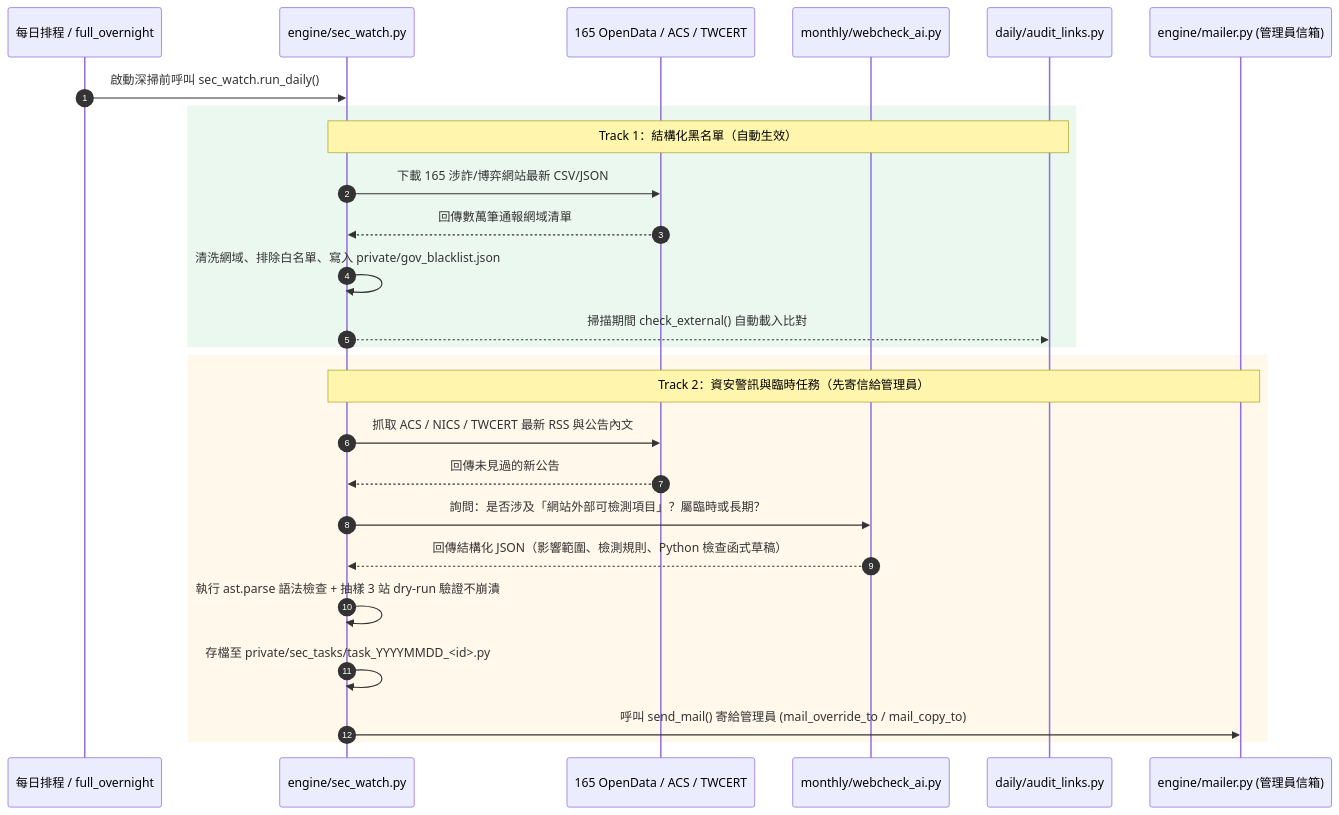
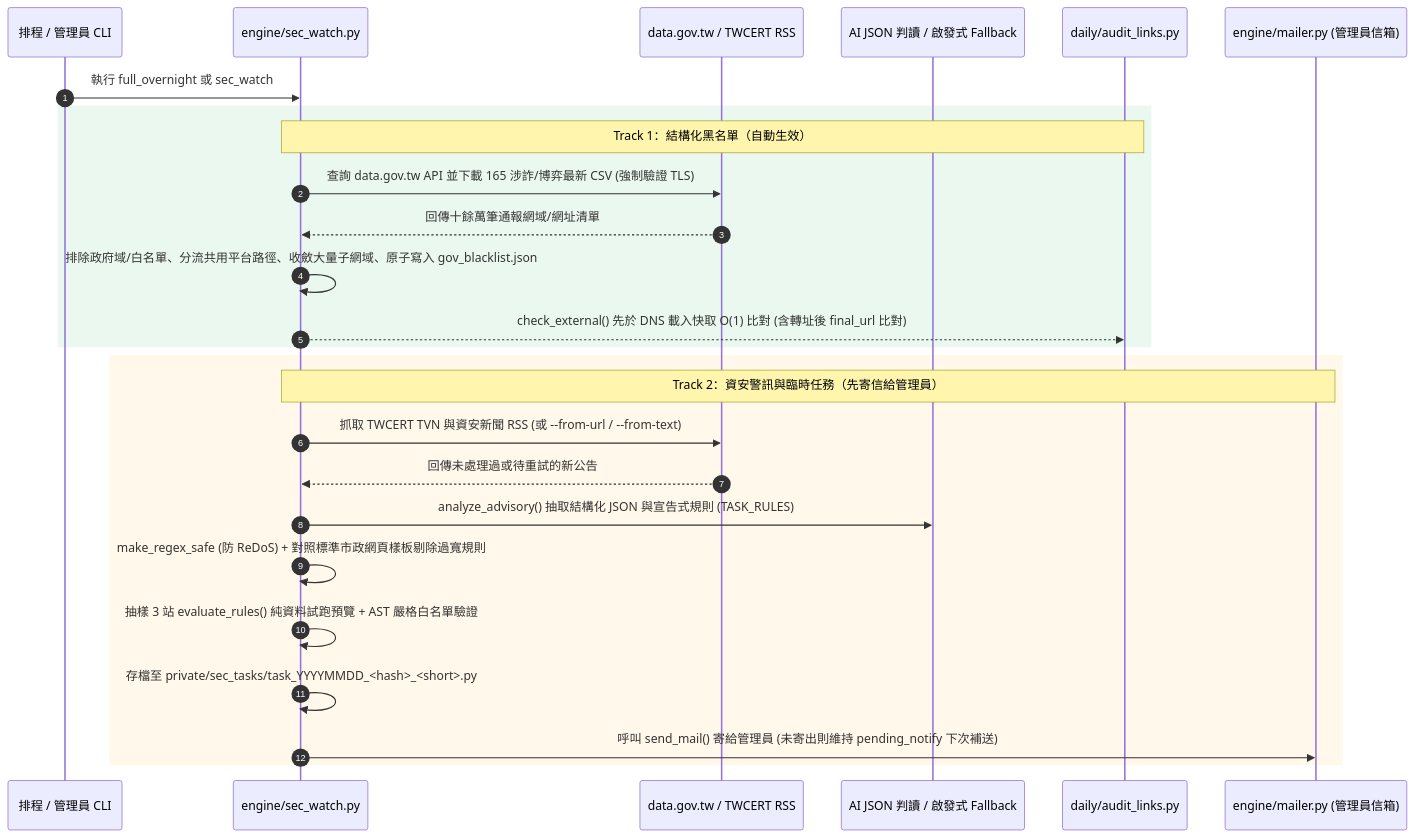
The second of 2 diagrams in docs/SEC_INTEL_DESIGN.md (acebd12345/websitecheck), drawn with Mermaid before and after one commit. The commit also changed other lines of this file and 5 other files, not shown here.

Commit message:
docs(sec_watch): 同步架構與實作規格文件並於 AI 判讀前加入 mask_pii 個資遮罩

````diff
--- a/docs/SEC_INTEL_DESIGN.md
+++ b/docs/SEC_INTEL_DESIGN.md
@@ -70,31 +71,31 @@
 ```mermaid
 sequenceDiagram
     autonumber
-    participant Cron as 每日排程 / full_overnight
+    participant Cron as 排程 / 管理員 CLI
     participant SW as engine/sec_watch.py
-    participant Gov as 165 OpenData / ACS / TWCERT
-    participant AI as monthly/webcheck_ai.py
+    participant Gov as data.gov.tw / TWCERT RSS
+    participant AI as AI JSON 判讀 / 啟發式 Fallback
     participant Audit as daily/audit_links.py
     participant Mail as engine/mailer.py (管理員信箱)
 
-    Cron->>SW: 啟動深掃前呼叫 sec_watch.run_daily()
+    Cron->>SW: 執行 full_overnight 或 sec_watch
     
     rect rgb(235, 248, 240)
         Note over SW,Audit: Track 1：結構化黑名單（自動生效）
-        SW->>Gov: 下載 165 涉詐/博弈網站最新 CSV/JSON
-        Gov-->>SW: 回傳數萬筆通報網域清單
-        SW->>SW: 清洗網域、排除白名單、寫入 private/gov_blacklist.json
-        SW-->>Audit: 掃描期間 check_external() 自動載入比對
+        SW->>Gov: 查詢 data.gov.tw API 並下載 165 涉詐/博弈最新 CSV (強制驗證 TLS)
+        Gov-->>SW: 回傳十餘萬筆通報網域/網址清單
+        SW->>SW: 排除政府域/白名單、分流共用平台路徑、收斂大量子網域、原子寫入 gov_blacklist.json
+        SW-->>Audit: check_external() 先於 DNS 載入快取 O(1) 比對 (含轉址後 final_url 比對)
     end
 
     rect rgb(255, 248, 235)
         Note over SW,Mail: Track 2：資安警訊與臨時任務（先寄信給管理員）
-        SW->>Gov: 抓取 ACS / NICS / TWCERT 最新 RSS 與公告內文
-        Gov-->>SW: 回傳未見過的新公告
-        SW->>AI: 詢問：是否涉及「網站外部可檢測項目」？屬臨時或長期？
-        AI-->>SW: 回傳結構化 JSON（影響範圍、檢測規則、Python 檢查函式草稿）
-        SW->>SW: 執行 ast.parse 語法檢查 + 抽樣 3 站 dry-run 驗證不崩潰
-        SW->>SW: 存檔至 private/sec_tasks/task_YYYYMMDD_<id>.py
-        SW->>Mail: 呼叫 send_mail() 寄給管理員 (mail_override_to / mail_copy_to)
+        SW->>Gov: 抓取 TWCERT TVN 與資安新聞 RSS (或 --from-url / --from-text)
+        Gov-->>SW: 回傳未處理過或待重試的新公告
+        SW->>AI: analyze_advisory() 抽取結構化 JSON 與宣告式規則 (TASK_RULES)
+        SW->>SW: make_regex_safe (防 ReDoS) + 對照標準市政網頁樣板剔除過寬規則
+        SW->>SW: 抽樣 3 站 evaluate_rules() 純資料試跑預覽 + AST 嚴格白名單驗證
+        SW->>SW: 存檔至 private/sec_tasks/task_YYYYMMDD_<hash>_<short>.py
+        SW->>Mail: 呼叫 send_mail() 寄給管理員 (未寄出則維持 pending_notify 下次補送)
     end
 ```
````
